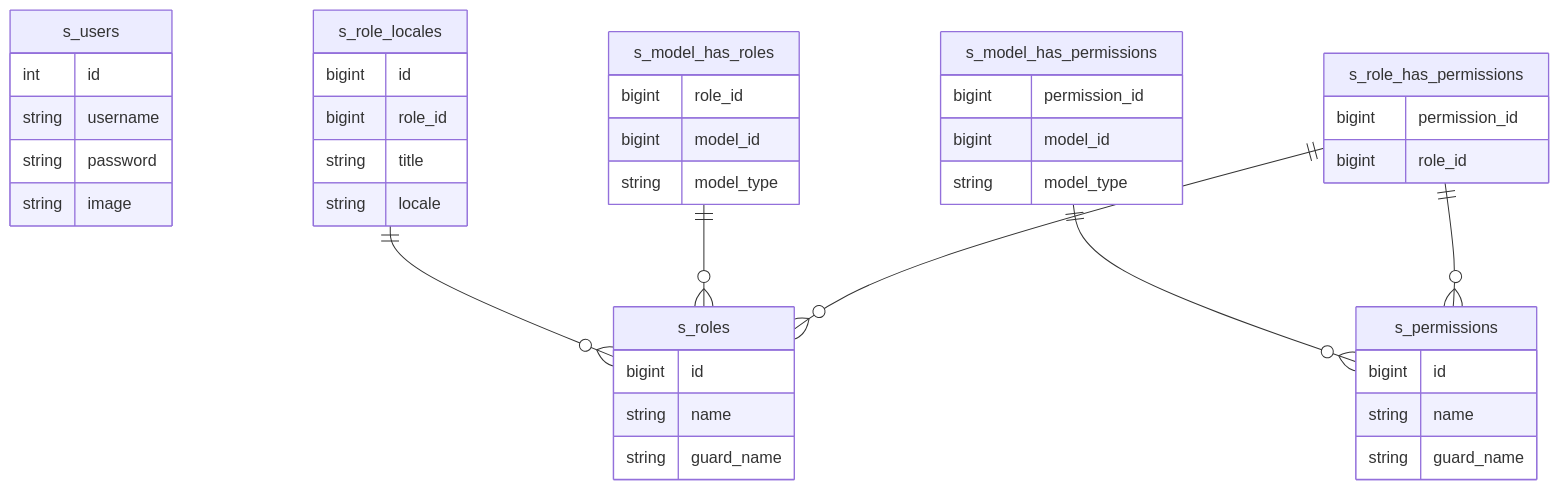
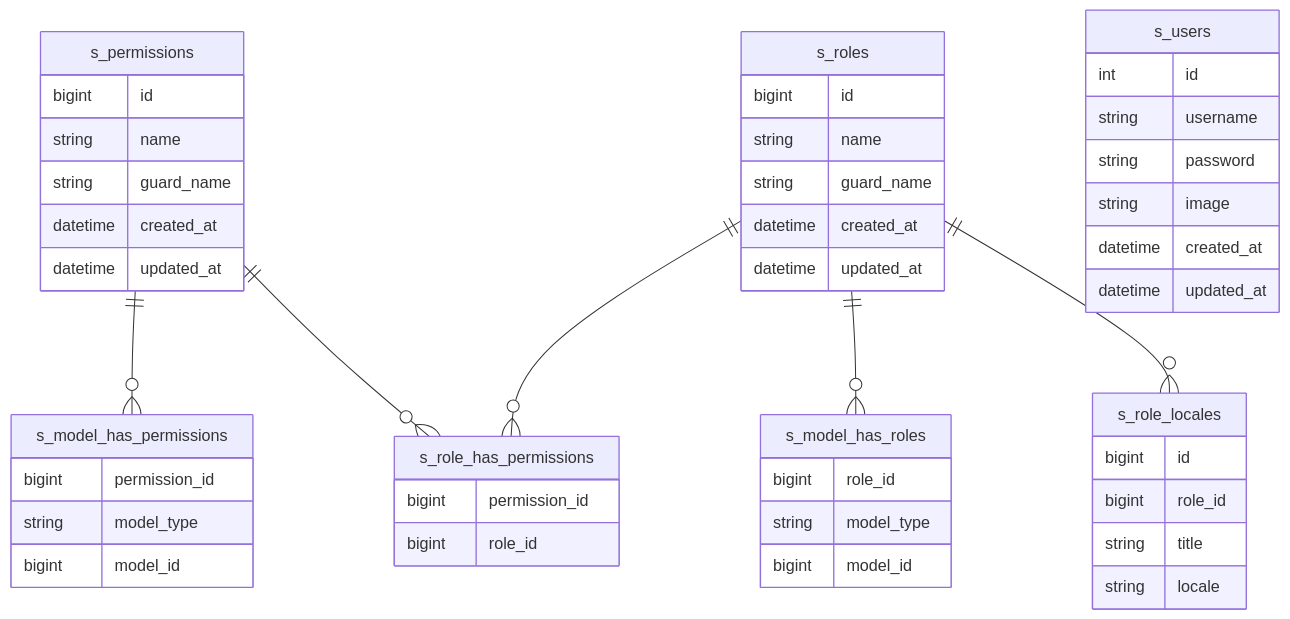
One commit to grey-dev-0/oaters changed the diagram in docs/database/sapphire-diagram.md. Above: the diagram before and after it, drawn with Mermaid. The commit also changed 10 other files, not shown here.

Commit message:
Updated ERD generation based on deployed database schema instead of migration files scanning.

````diff
--- a/docs/database/sapphire-diagram.md
+++ b/docs/database/sapphire-diagram.md
@@ -3,45 +3,51 @@
 ```mermaid
 erDiagram
-    s_users {
-        int id
-        string username
-        string password
-        string image
+    s_model_has_permissions {
+        bigint permission_id
+        string model_type
+        bigint model_id
+    }
+    s_model_has_roles {
+        bigint role_id
+        string model_type
+        bigint model_id
     }
     s_permissions {
         bigint id
         string name
         string guard_name
+        datetime created_at
+        datetime updated_at
     }
-    s_roles {
-        bigint id
-        string name
-        string guard_name
+    s_role_has_permissions {
+        bigint permission_id
+        bigint role_id
     }
     s_role_locales {
         bigint id
         bigint role_id
         string title
         string locale
     }
-    s_model_has_permissions {
-        bigint permission_id
-        bigint model_id
-        string model_type
+    s_roles {
+        bigint id
+        string name
+        string guard_name
+        datetime created_at
+        datetime updated_at
     }
-    s_model_has_roles {
-        bigint role_id
-        bigint model_id
-        string model_type
+    s_users {
+        int id
+        string username
+        string password
+        string image
+        datetime created_at
+        datetime updated_at
     }
-    s_role_has_permissions {
-        bigint permission_id
-        bigint role_id
-    }
-    s_role_locales ||--o{ s_roles : ""
-    s_model_has_permissions ||--o{ s_permissions : ""
-    s_model_has_roles ||--o{ s_roles : ""
-    s_role_has_permissions ||--o{ s_permissions : ""
-    s_role_has_permissions ||--o{ s_roles : ""
+    s_permissions ||--o{ s_model_has_permissions : ""
+    s_roles ||--o{ s_model_has_roles : ""
+    s_permissions ||--o{ s_role_has_permissions : ""
+    s_roles ||--o{ s_role_has_permissions : ""
+    s_roles ||--o{ s_role_locales : ""
 
 ```
````
